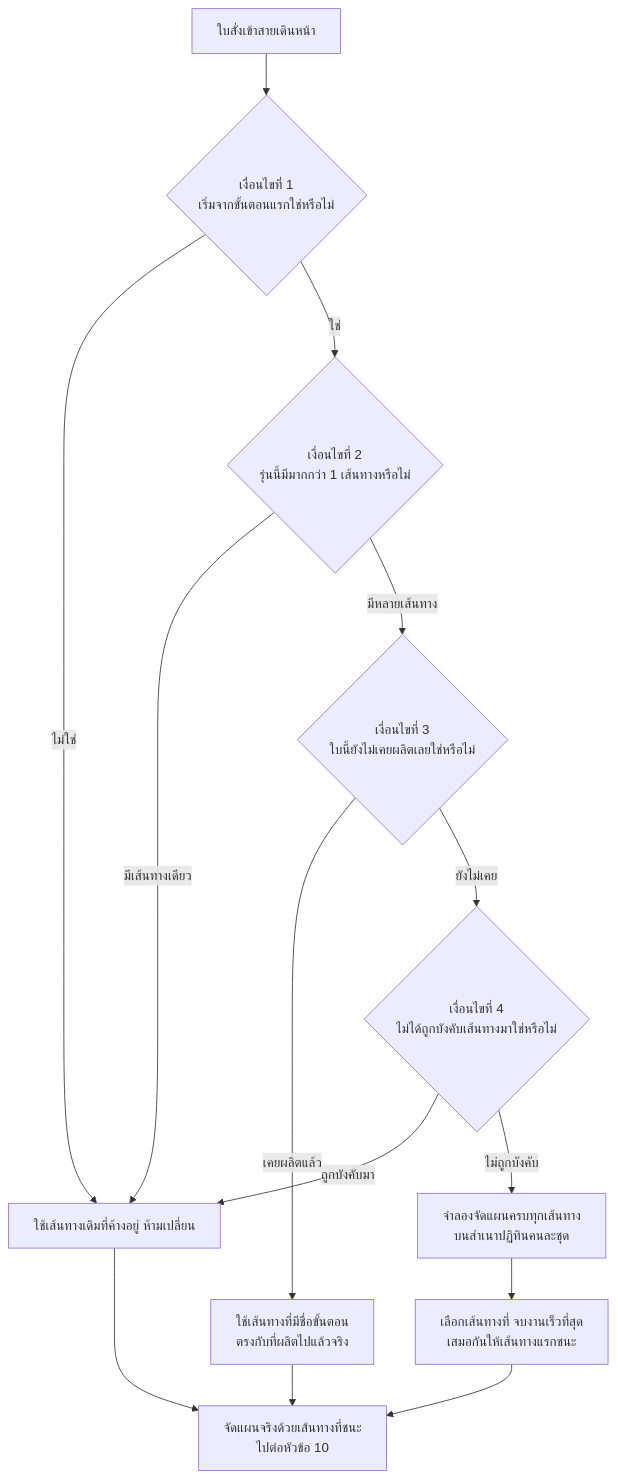
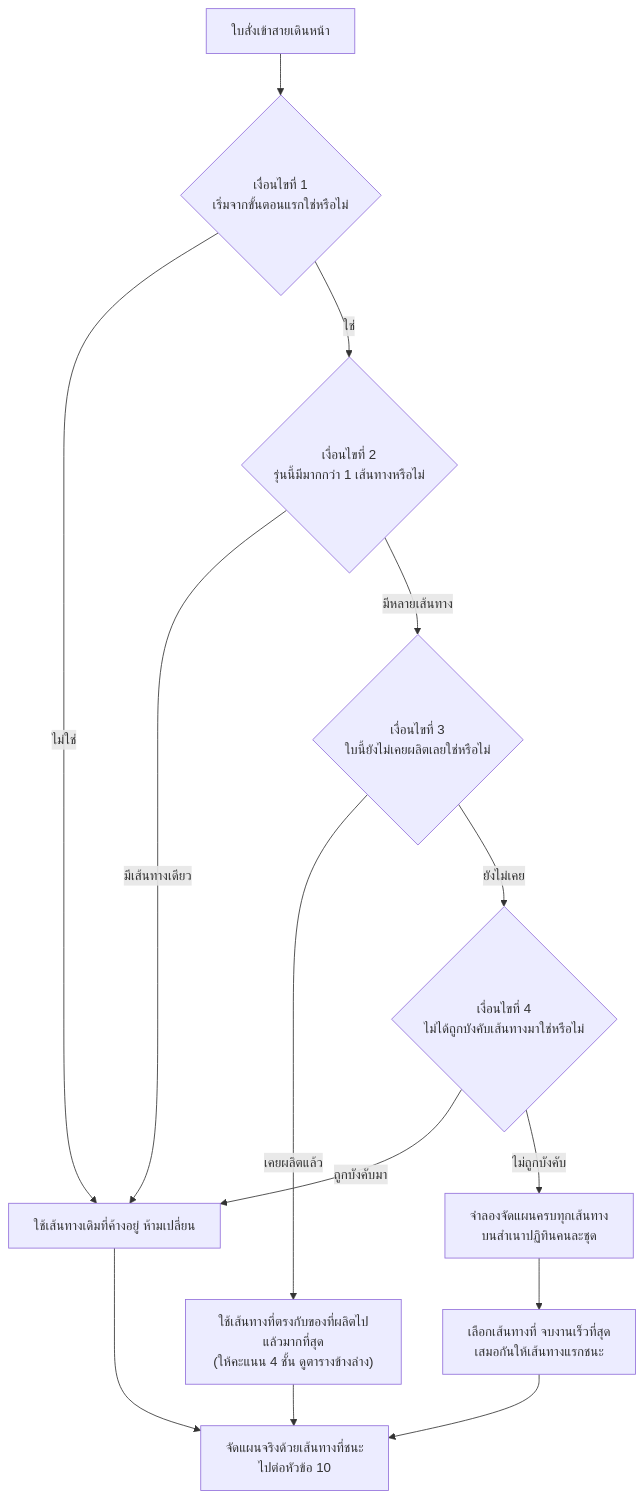
One commit to kornt-alt/mse-pc-auto-plan changed the tenth of 14 diagrams in backend/docs/SCHEDULER_FLOW.md. Above: the diagram before and after it, drawn with Mermaid. The commit also changed other lines of this file and 105 other files, not shown here.

Commit message:
update : ประวัติแผน + ย้อนกลับแผน, role MC, ปรับหน้ารายงานใหม่ทั้งกลุ่ม, เลือก flow เอง

````diff
--- a/backend/docs/SCHEDULER_FLOW.md
+++ b/backend/docs/SCHEDULER_FLOW.md
@@ -546,17 +551,17 @@
 ```mermaid
 flowchart TD
     A["ใบสั่งเข้าสายเดินหน้า"] --> C1{"เงื่อนไขที่ 1<br/>เริ่มจากขั้นตอนแรกใช่หรือไม่"}
     C1 -->|"ไม่ใช่"| LOCK["ใช้เส้นทางเดิมที่ค้างอยู่ ห้ามเปลี่ยน"]
     C1 -->|"ใช่"| C2{"เงื่อนไขที่ 2<br/>รุ่นนี้มีมากกว่า 1 เส้นทางหรือไม่"}
     C2 -->|"มีเส้นทางเดียว"| LOCK
     C2 -->|"มีหลายเส้นทาง"| C3{"เงื่อนไขที่ 3<br/>ใบนี้ยังไม่เคยผลิตเลยใช่หรือไม่"}
-    C3 -->|"เคยผลิตแล้ว"| LOCK2["ใช้เส้นทางที่มีชื่อขั้นตอน<br/>ตรงกับที่ผลิตไปแล้วจริง"]
+    C3 -->|"เคยผลิตแล้ว"| LOCK2["ใช้เส้นทางที่ตรงกับของที่ผลิตไปแล้วมากที่สุด<br/>(ให้คะแนน 4 ชั้น ดูตารางข้างล่าง)"]
     C3 -->|"ยังไม่เคย"| C4{"เงื่อนไขที่ 4<br/>ไม่ได้ถูกบังคับเส้นทางมาใช่หรือไม่"}
     C4 -->|"ถูกบังคับมา"| LOCK
     C4 -->|"ไม่ถูกบังคับ"| SIM["จำลองจัดแผนครบทุกเส้นทาง<br/>บนสำเนาปฏิทินคนละชุด"]
 
     SIM --> PICK["เลือกเส้นทางที่ จบงานเร็วที่สุด<br/>เสมอกันให้เส้นทางแรกชนะ"]
     PICK --> RUN["จัดแผนจริงด้วยเส้นทางที่ชนะ<br/>ไปต่อหัวข้อ 10"]
     LOCK --> RUN
     LOCK2 --> RUN
 ```
````
